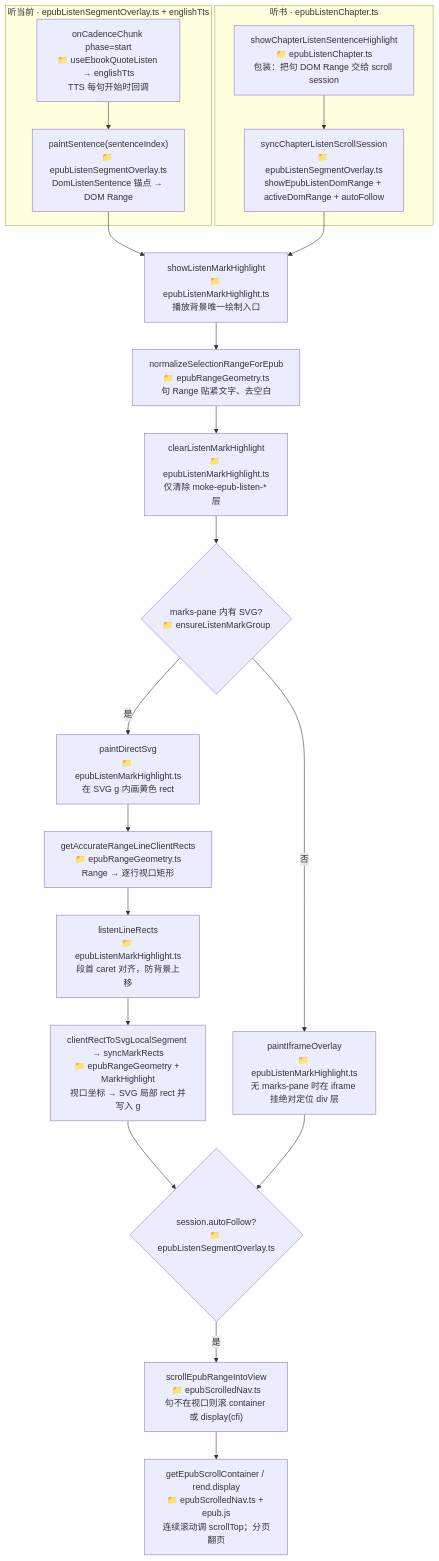
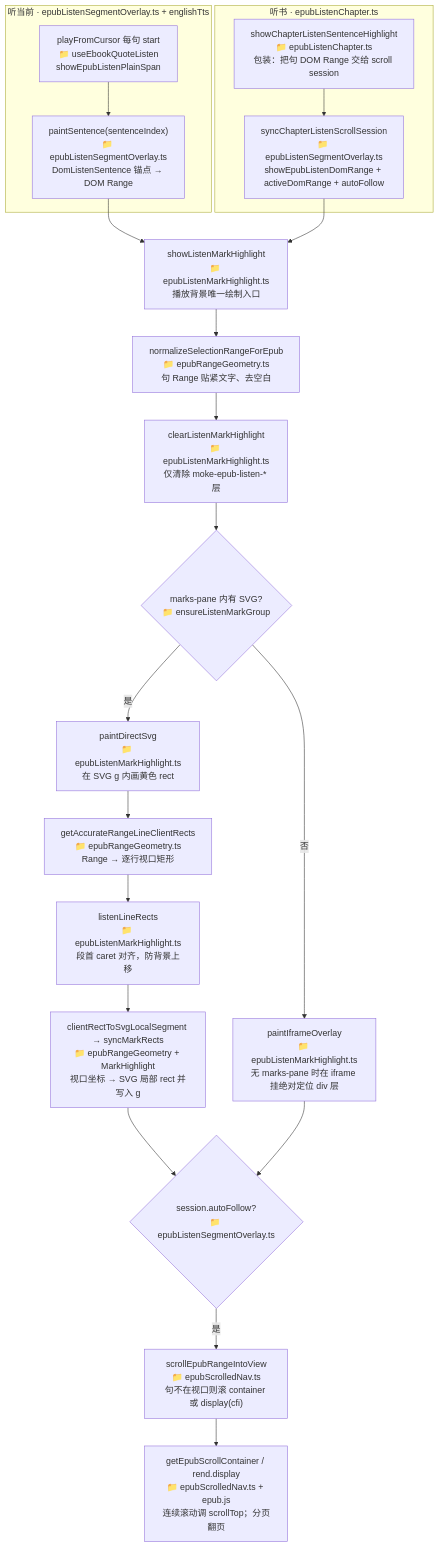
The third of 4 diagrams in docs/ebook/developer/epub-mark-layers-shared.md (dnhyxc/dnhyxc-ai), drawn with Mermaid before and after one commit. The commit also changed other lines of this file and 24 other files, not shown here.

````diff
--- a/docs/ebook/developer/epub-mark-layers-shared.md
+++ b/docs/ebook/developer/epub-mark-layers-shared.md
@@ -196,33 +196,33 @@
 ```mermaid
 flowchart TD
   subgraph quote ["听当前 · epubListenSegmentOverlay.ts + englishTts"]
-    Q1["onCadenceChunk phase=start<br/>📁 useEbookQuoteListen → englishTts<br/>TTS 每句开始时回调"]
+    Q1["playFromCursor 每句 start<br/>📁 useEbookQuoteListen<br/>showEpubListenPlainSpan"]
     Q2["paintSentence(sentenceIndex)<br/>📁 epubListenSegmentOverlay.ts<br/>DomListenSentence 锚点 → DOM Range"]
   end
   subgraph chapter ["听书 · epubListenChapter.ts"]
     C1["showChapterListenSentenceHighlight<br/>📁 epubListenChapter.ts<br/>包装：把句 DOM Range 交给 scroll session"]
     C2["syncChapterListenScrollSession<br/>📁 epubListenSegmentOverlay.ts<br/>showEpubListenDomRange + activeDomRange + autoFollow"]
   end
 
   S["showListenMarkHighlight<br/>📁 epubListenMarkHighlight.ts<br/>播放背景唯一绘制入口"]
   N["normalizeSelectionRangeForEpub<br/>📁 epubRangeGeometry.ts<br/>句 Range 贴紧文字、去空白"]
   CLR["clearListenMarkHighlight<br/>📁 epubListenMarkHighlight.ts<br/>仅清除 moke-epub-listen-* 层"]
   P{"marks-pane 内有 SVG?<br/>📁 ensureListenMarkGroup"}
   SVG["paintDirectSvg<br/>📁 epubListenMarkHighlight.ts<br/>在 SVG g 内画黄色 rect"]
   G1["getAccurateRangeLineClientRects<br/>📁 epubRangeGeometry.ts<br/>Range → 逐行视口矩形"]
   G2["listenLineRects<br/>📁 epubListenMarkHighlight.ts<br/>段首 caret 对齐，防背景上移"]
   G3["clientRectToSvgLocalSegment → syncMarkRects<br/>📁 epubRangeGeometry + MarkHighlight<br/>视口坐标 → SVG 局部 rect 并写入 g"]
   IFR["paintIframeOverlay<br/>📁 epubListenMarkHighlight.ts<br/>无 marks-pane 时在 iframe 挂绝对定位 div 层"]
   AF{"session.autoFollow?<br/>📁 epubListenSegmentOverlay.ts"}
   SCROLL["scrollEpubRangeIntoView<br/>📁 epubScrolledNav.ts<br/>句不在视口则滚 container 或 display(cfi)"]
   SN["getEpubScrollContainer / rend.display<br/>📁 epubScrolledNav.ts + epub.js<br/>连续滚动调 scrollTop；分页翻页"]
 
   Q1 --> Q2 --> S
   C1 --> C2 --> S
   S --> N --> CLR --> P
   P -->|是| SVG --> G1 --> G2 --> G3
   P -->|否| IFR
   G3 --> AF
   IFR --> AF
   AF -->|是| SCROLL --> SN
 ```
````
